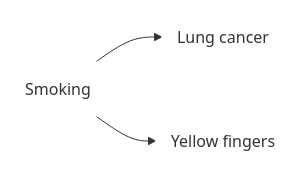
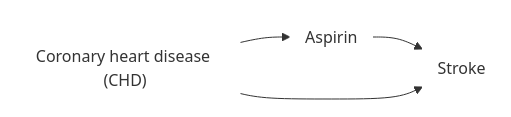
The fourth of 15 diagrams in book_birth_outcomes_summary/design_causal.md (birth-outcomes/birth_outcomes_summary), drawn with Mermaid before and after one commit. The commit also changed other lines of this file and 1 other file, not shown here.

`````diff
--- a/book_birth_outcomes_summary/design_causal.md
+++ b/book_birth_outcomes_summary/design_causal.md
@@ -166,13 +80,14 @@
 ````{mermaid}
   flowchart LR;
 
-    cig("Smoking"):::white;
-    lung("Lung cancer"):::white;
-    yellow("Yellow fingers"):::white;
+    asp("Aspirin"):::white;
+    str("Stroke"):::white;
+    chd("Coronary heart disease (CHD)"):::white;
 
-    cig --> lung;
-    cig --> yellow;
+    asp --> str;
+    chd --> asp;
+    chd --> str;
 
     classDef white fill:#FFFFFF, stroke:#FFFFFF
     classDef black fill:#FFFFFF, stroke:#000000
 ````
`````
